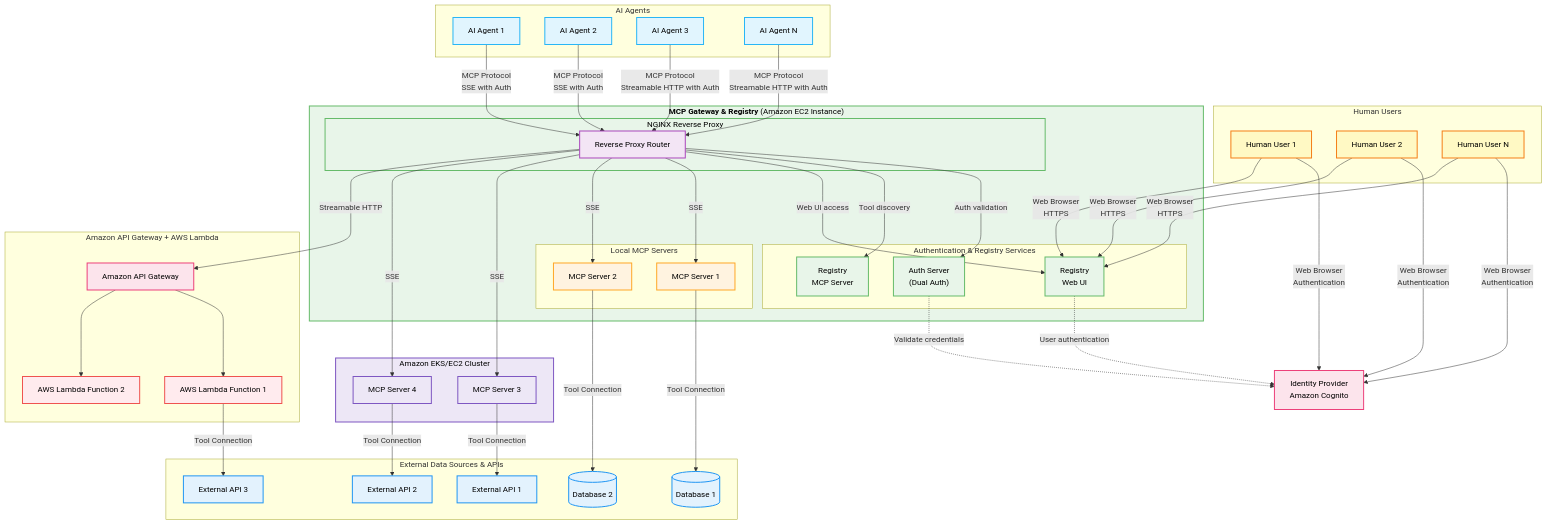
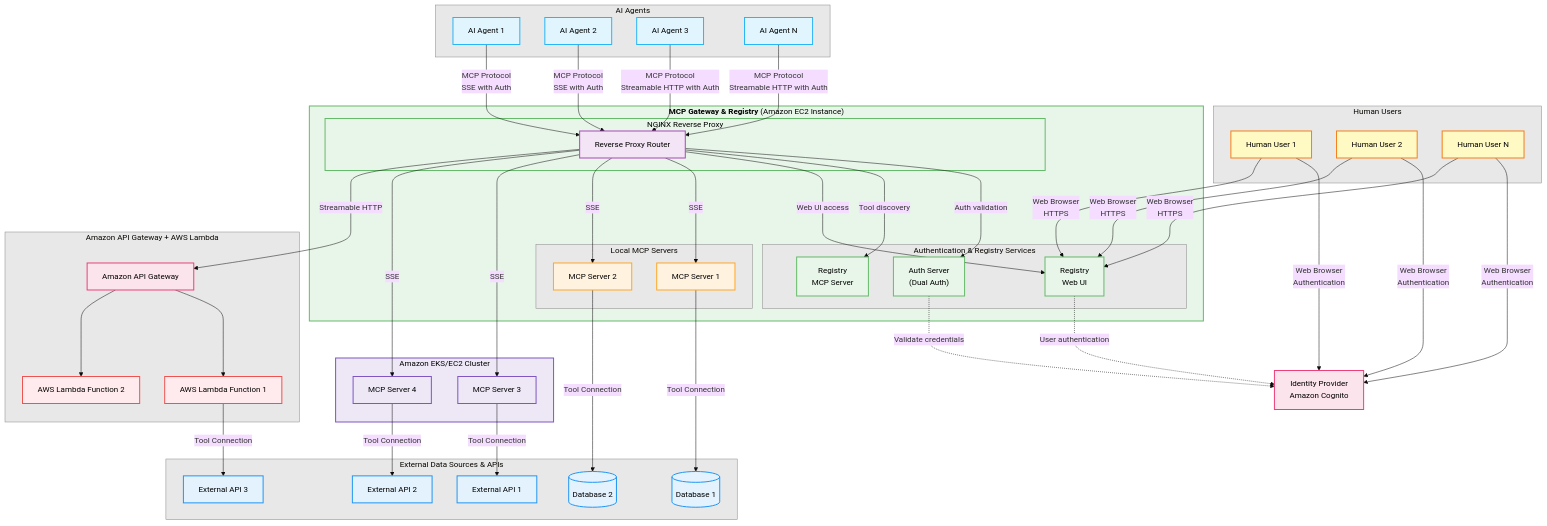
One commit to jrmatherly/mcp-registry-gateway changed the diagram in docs/index.md. Above: the diagram before and after it, drawn with Mermaid. The commit also changed 1 other file, not shown here.

Commit message:
``` docs: refactor Mermaid dark mode CSS to use CSS variable overrides and add theme initialization
- Replace direct element targeting with CSS variable overrides for --md-mermaid-* properties
- Add Mermaid theme initialization config to index.md architecture diagram (base theme with custom cluster colors)
- Simplify CSS from 154 to 88 lines by leveraging Material for MkDocs variable system
- Set dark text colors (#1a1a1a) for labels, nodes, and sequence diagram elements
- Use light text (#d0d0d0) for

````diff
--- a/docs/index.md
+++ b/docs/index.md
@@ -95,4 +95,5 @@
 ```mermaid
+%%{init: {'theme': 'base', 'themeVariables': { 'clusterBkg': '#e8e8e8', 'clusterBorder': '#888888' }}}%%
 flowchart TB
     subgraph Human_Users["Human Users"]
         User1["Human User 1"]
````
